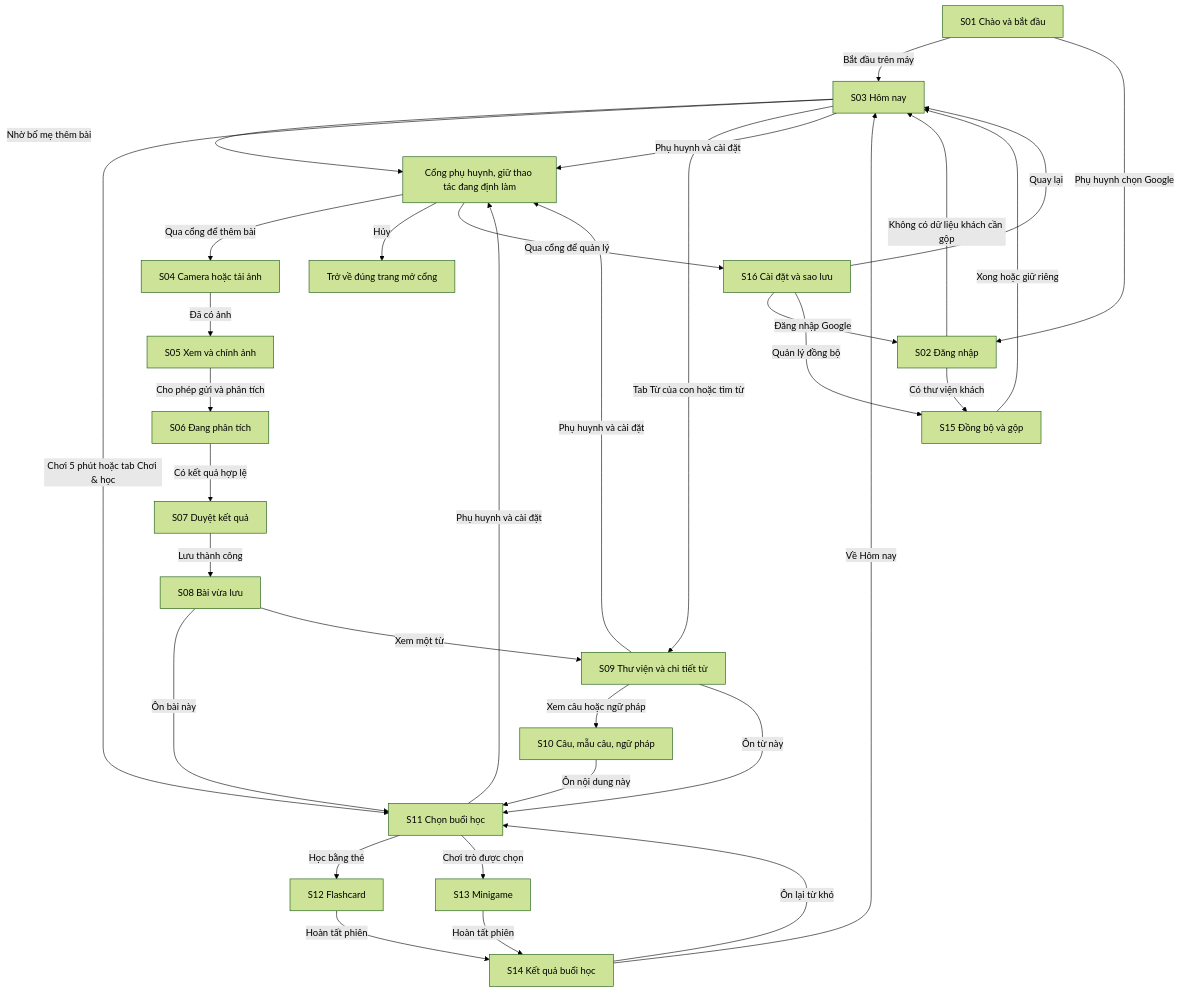
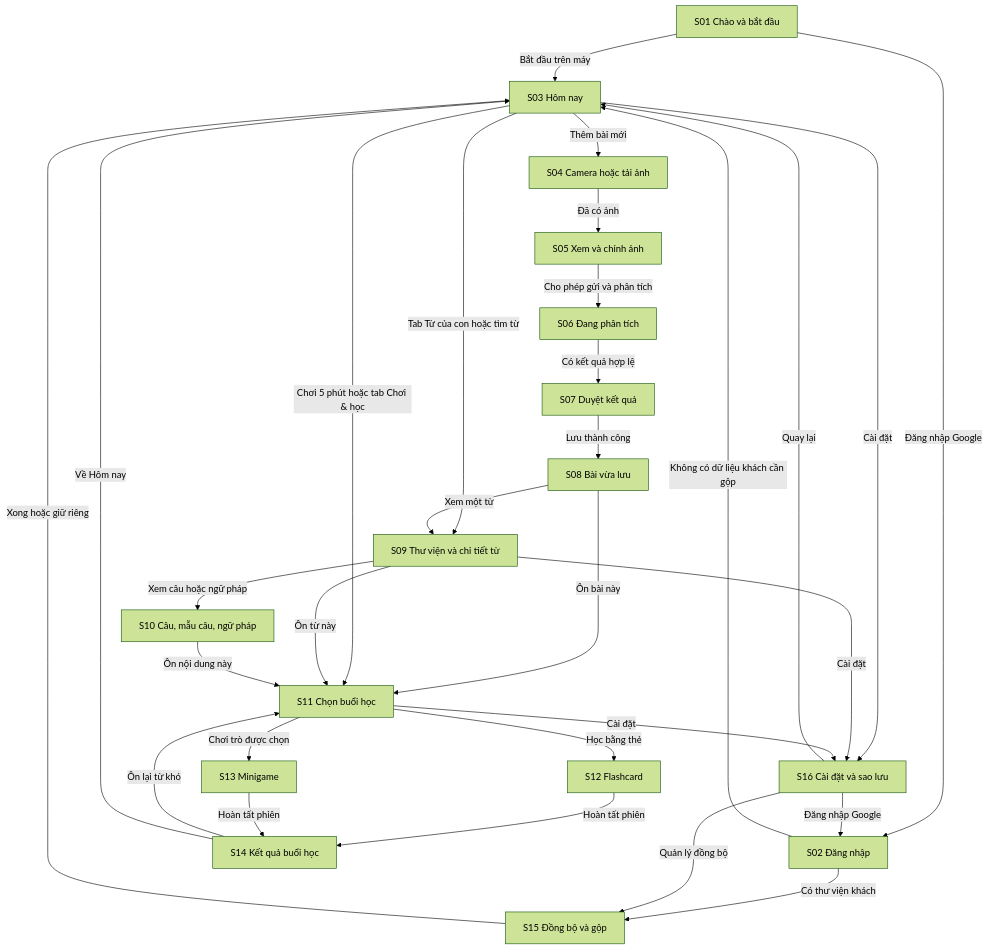
The second of 19 diagrams in docs/KE-HOACH-FOUNDER.md (trudyan141/vocabularyNotes), drawn with Mermaid (forest theme) before and after one commit. The commit also changed other lines of this file and 90 other files, not shown here.

````diff
--- a/docs/KE-HOACH-FOUNDER.md
+++ b/docs/KE-HOACH-FOUNDER.md
@@ -87,35 +91,32 @@
 ```mermaid
 flowchart TB
   S01["S01 Chào và bắt đầu"] -->|Bắt đầu trên máy| S03["S03 Hôm nay"]
-  S01 -->|Phụ huynh chọn Google| S02["S02 Đăng nhập"]
+  S01 -->|Đăng nhập Google| S02["S02 Đăng nhập"]
   S02 -->|Không có dữ liệu khách cần gộp| S03
   S02 -->|Có thư viện khách| S15["S15 Đồng bộ và gộp"]
-  S03 -->|Nhờ bố mẹ thêm bài| PG["Cổng phụ huynh, giữ thao tác đang định làm"]
-  PG -->|Qua cổng để thêm bài| S04["S04 Camera hoặc tải ảnh"]
-  PG -->|Hủy| BACK["Trở về đúng trang mở cổng"]
+  S03 -->|Thêm bài mới| S04["S04 Camera hoặc tải ảnh"]
   S04 -->|Đã có ảnh| S05["S05 Xem và chỉnh ảnh"]
   S05 -->|Cho phép gửi và phân tích| S06["S06 Đang phân tích"]
   S06 -->|Có kết quả hợp lệ| S07["S07 Duyệt kết quả"]
   S07 -->|Lưu thành công| S08["S08 Bài vừa lưu"]
   S08 -->|Ôn bài này| S11["S11 Chọn buổi học"]
   S03 -->|Chơi 5 phút hoặc tab Chơi & học| S11
   S03 -->|Tab Từ của con hoặc tìm từ| S09["S09 Thư viện và chi tiết từ"]
   S08 -->|Xem một từ| S09
   S09 -->|Xem câu hoặc ngữ pháp| S10["S10 Câu, mẫu câu, ngữ pháp"]
   S09 -->|Ôn từ này| S11
   S10 -->|Ôn nội dung này| S11
   S11 -->|Học bằng thẻ| S12["S12 Flashcard"]
   S11 -->|Chơi trò được chọn| S13["S13 Minigame"]
   S12 -->|Hoàn tất phiên| S14["S14 Kết quả buổi học"]
   S13 -->|Hoàn tất phiên| S14
   S14 -->|Ôn lại từ khó| S11
   S14 -->|Về Hôm nay| S03
-  S03 -->|Phụ huynh và cài đặt| PG
-  S09 -->|Phụ huynh và cài đặt| PG
-  PG -->|Qua cổng để quản lý| S16["S16 Cài đặt và sao lưu"]
-  S11 -->|Phụ huynh và cài đặt| PG
+  S03 -->|Cài đặt| S16["S16 Cài đặt và sao lưu"]
+  S09 -->|Cài đặt| S16
+  S11 -->|Cài đặt| S16
   S16 -->|Đăng nhập Google| S02
   S16 -->|Quản lý đồng bộ| S15
   S15 -->|Xong hoặc giữ riêng| S03
   S16 -->|Quay lại| S03
 ```
````
